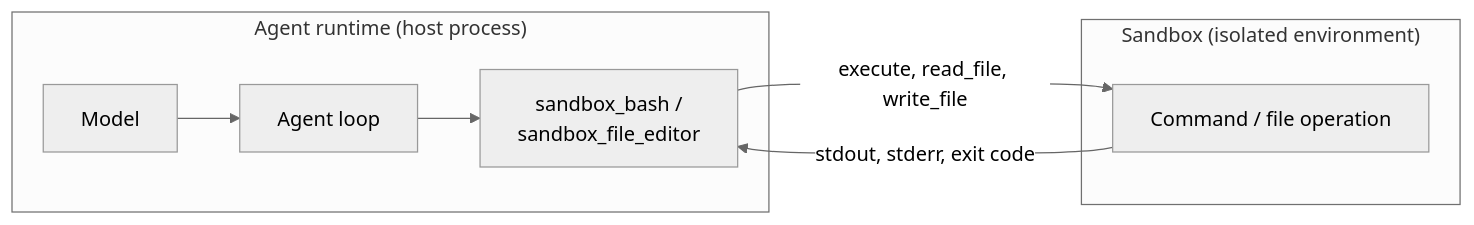
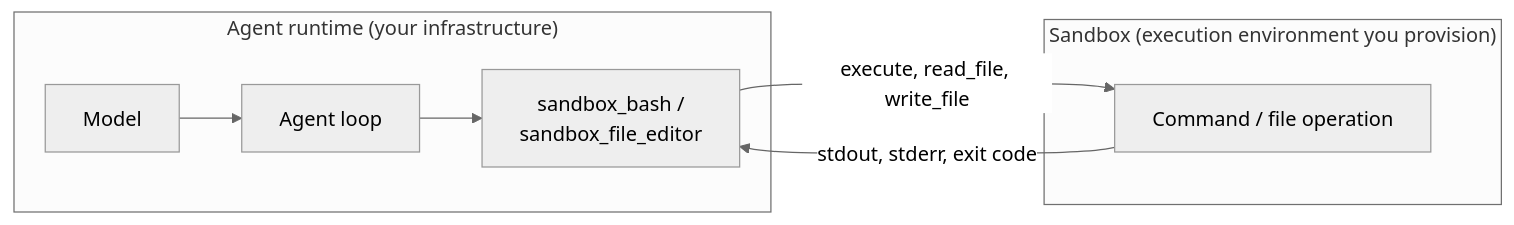
One commit to strands-agents/sdk-python changed the diagram in site/src/content/docs/user-guide/concepts/sandbox/index.mdx. Above: the diagram before and after it, drawn with Mermaid (neutral theme). The commit also changed other lines of this file and 9 other files, not shown here.

````diff
--- a/site/src/content/docs/user-guide/concepts/sandbox/index.mdx
+++ b/site/src/content/docs/user-guide/concepts/sandbox/index.mdx
@@ -264,15 +131,15 @@
 ```mermaid
 flowchart LR
-    subgraph runtime["Agent runtime (host process)"]
+    subgraph runtime["Agent runtime (your infrastructure)"]
         M[Model]
         L[Agent loop]
         T["sandbox_bash /\nsandbox_file_editor"]
         M --> L
         L --> T
     end
-    subgraph sb["Sandbox (isolated environment)"]
+    subgraph sb["Sandbox (execution environment you provision)"]
         E[Command / file operation]
     end
     T -->|execute, read_file, write_file| E
     E -->|stdout, stderr, exit code| T
 ```
````
